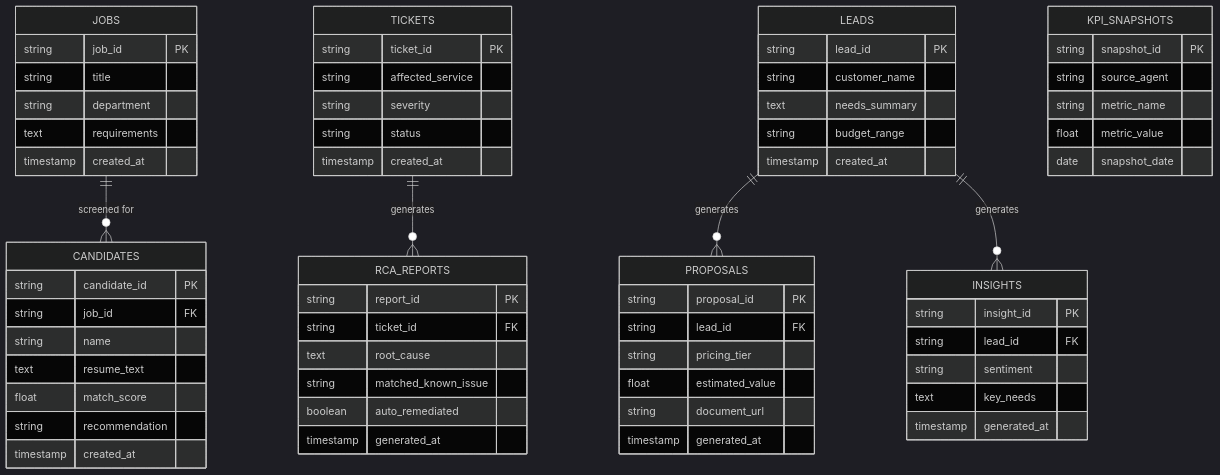
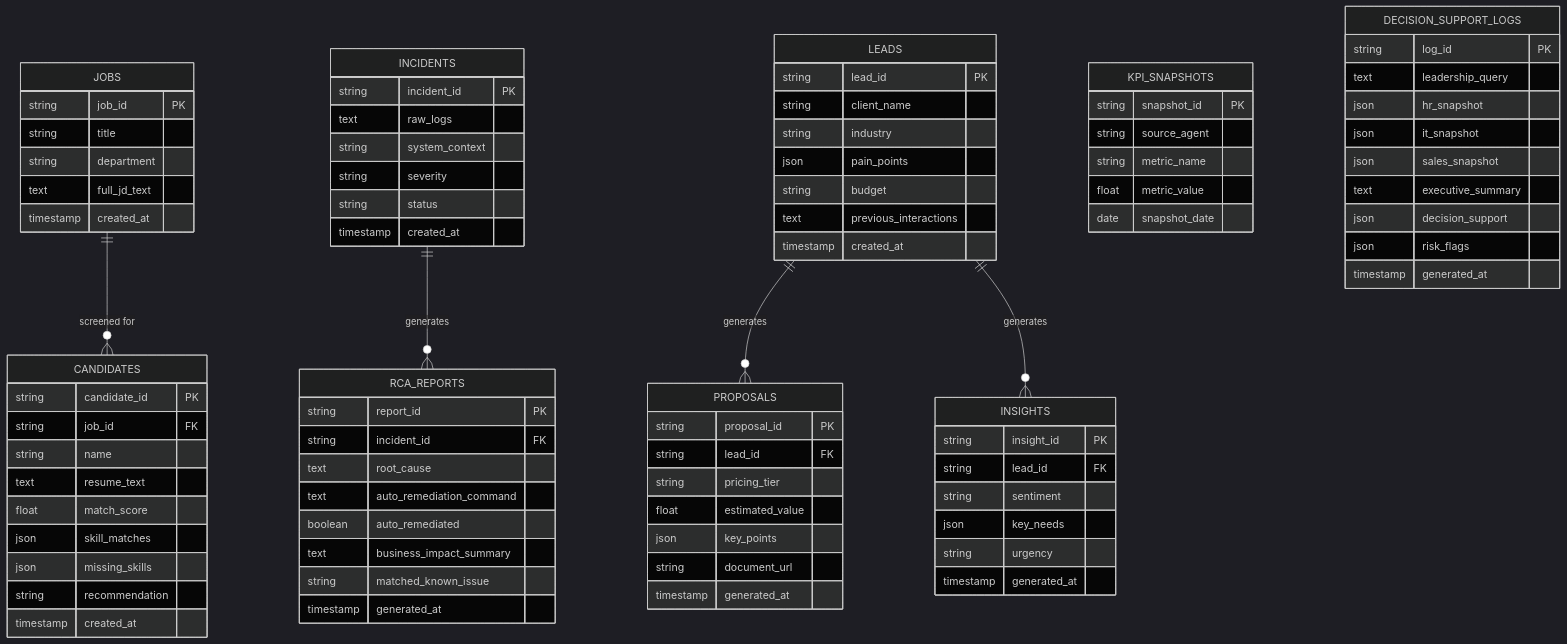
One commit to HarshSinha-1/Multi_agent_orchestration_purposive changed the seventh of 7 diagrams in README.md. Above: the diagram before and after it, drawn with Mermaid (dark theme). The commit also changed other lines of this file, not shown here.

````diff
--- a/README.md
+++ b/README.md
@@ -424,7 +560,7 @@
         string job_id PK
         string title
         string department
-        text requirements
+        text full_jd_text
         timestamp created_at
     }
     CANDIDATES {
@@ -433,24 +569,29 @@
         string name
         text resume_text
         float match_score
+        json skill_matches
+        json missing_skills
         string recommendation
         timestamp created_at
     }
 
-    TICKETS ||--o{ RCA_REPORTS : "generates"
-    TICKETS {
-        string ticket_id PK
-        string affected_service
+    INCIDENTS ||--o{ RCA_REPORTS : "generates"
+    INCIDENTS {
+        string incident_id PK
+        text raw_logs
+        string system_context
         string severity
         string status
         timestamp created_at
     }
     RCA_REPORTS {
         string report_id PK
-        string ticket_id FK
+        string incident_id FK
         text root_cause
+        text auto_remediation_command
+        boolean auto_remediated
+        text business_impact_summary
         string matched_known_issue
-        boolean auto_remediated
         timestamp generated_at
     }
 
@@ -458,9 +599,11 @@
     LEADS ||--o{ INSIGHTS : "generates"
     LEADS {
         string lead_id PK
-        string customer_name
-        text needs_summary
-        string budget_range
+        string client_name
+        string industry
+        json pain_points
+        string budget
+        text previous_interactions
         timestamp created_at
     }
     PROPOSALS {
@@ -468,6 +611,7 @@
         string lead_id FK
         string pricing_tier
         float estimated_value
+        json key_points
         string document_url
         timestamp generated_at
     }
@@ -475,7 +619,8 @@
         string insight_id PK
         string lead_id FK
         string sentiment
-        text key_needs
+        json key_needs
+        string urgency
         timestamp generated_at
     }
 
@@ -486,4 +631,16 @@
         float metric_value
         date snapshot_date
     }
+
+    DECISION_SUPPORT_LOGS {
+        string log_id PK
+        text leadership_query
+        json hr_snapshot
+        json it_snapshot
+        json sales_snapshot
+        text executive_summary
+        json decision_support
+        json risk_flags
+        timestamp generated_at
+    }
 ```
````
